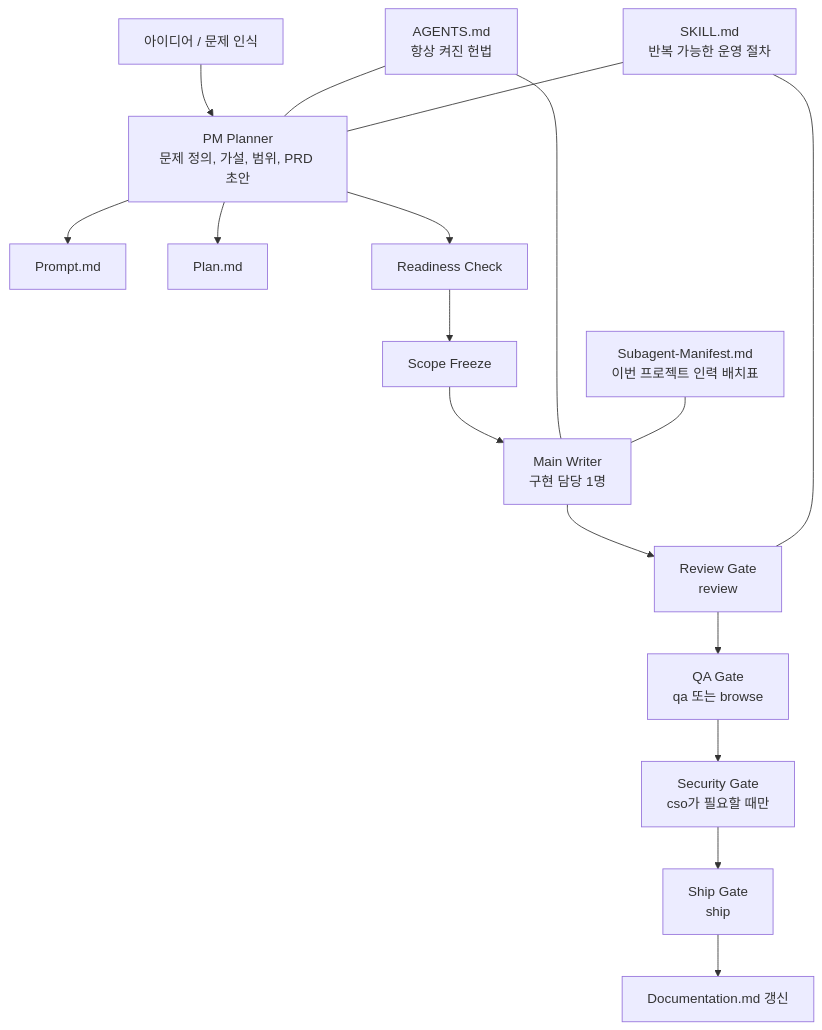
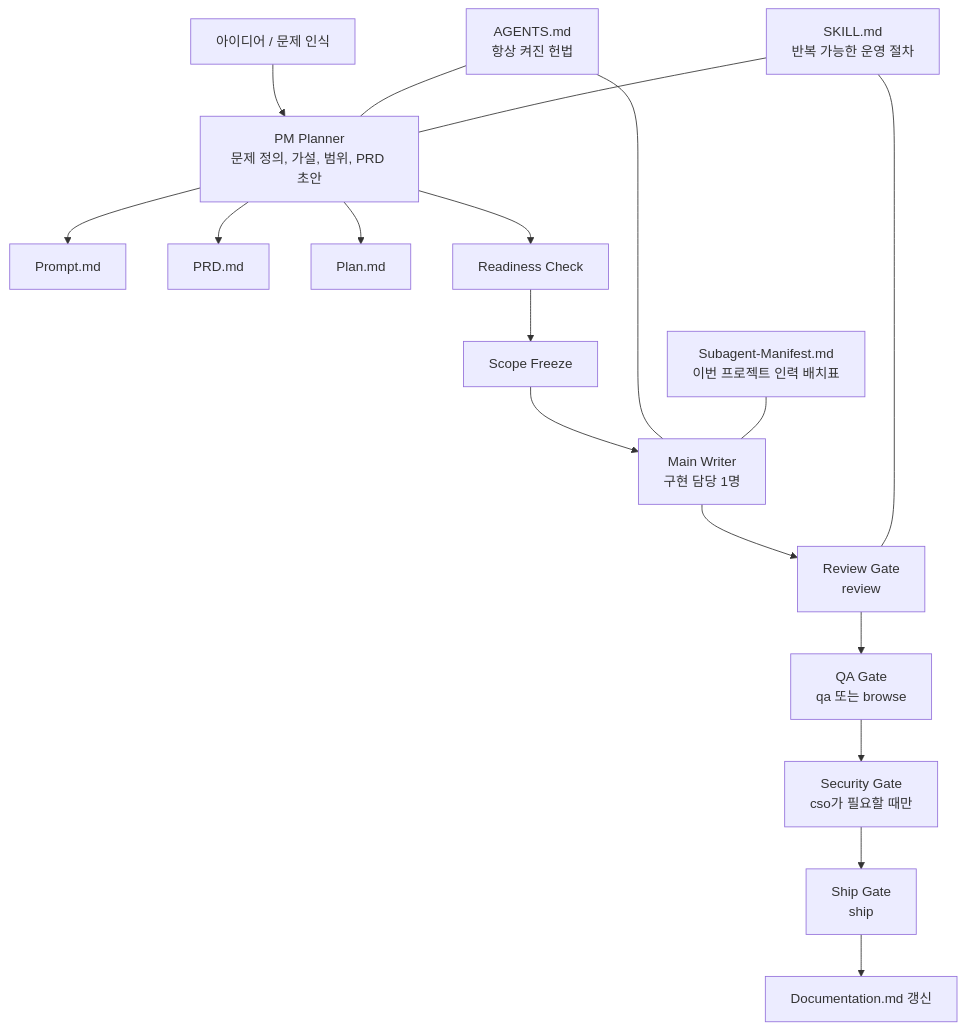
One commit to Merchantlee99/vibebuilder-framework changed the first of 2 diagrams in README.md. Above: the diagram before and after it, drawn with Mermaid. The commit also changed other lines of this file and 16 other files, not shown here.

````diff
--- a/README.md
+++ b/README.md
@@ -33,20 +33,21 @@
 ```mermaid
 flowchart TD
     A["아이디어 / 문제 인식"] --> B["PM Planner<br/>문제 정의, 가설, 범위, PRD 초안"]
     B --> C["Prompt.md"]
-    B --> D["Plan.md"]
-    B --> E["Readiness Check"]
-    E --> F["Scope Freeze"]
-    F --> G["Main Writer<br/>구현 담당 1명"]
-    G --> H["Review Gate<br/>review"]
-    H --> I["QA Gate<br/>qa 또는 browse"]
-    I --> J["Security Gate<br/>cso가 필요할 때만"]
-    J --> K["Ship Gate<br/>ship"]
-    K --> L["Documentation.md 갱신"]
+    B --> D["PRD.md"]
+    B --> E["Plan.md"]
+    B --> F["Readiness Check"]
+    F --> G["Scope Freeze"]
+    G --> H["Main Writer<br/>구현 담당 1명"]
+    H --> I["Review Gate<br/>review"]
+    I --> J["QA Gate<br/>qa 또는 browse"]
+    J --> K["Security Gate<br/>cso가 필요할 때만"]
+    K --> L["Ship Gate<br/>ship"]
+    L --> M["Documentation.md 갱신"]
 
-    M["AGENTS.md<br/>항상 켜진 헌법"] --- B
-    M --- G
-    N["SKILL.md<br/>반복 가능한 운영 절차"] --- B
+    N["AGENTS.md<br/>항상 켜진 헌법"] --- B
     N --- H
-    O["Subagent-Manifest.md<br/>이번 프로젝트 인력 배치표"] --- G
+    O["SKILL.md<br/>반복 가능한 운영 절차"] --- B
+    O --- I
+    P["Subagent-Manifest.md<br/>이번 프로젝트 인력 배치표"] --- H
 ```
````
